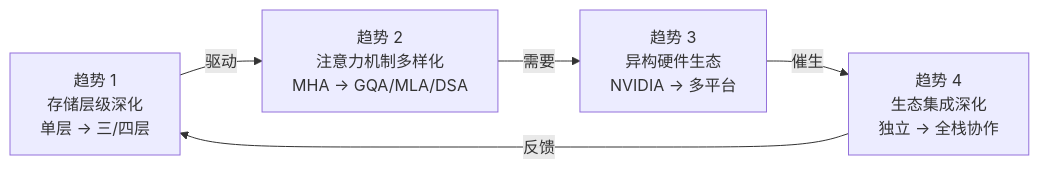
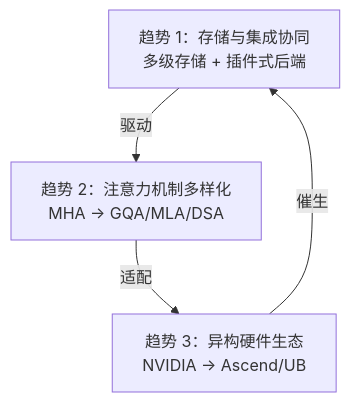
Before and after one commit to QJWang23/Mooncake: the third of 10 diagrams in docs/superpowers/briefings/2026-06-11-distributed-kvcache-executive-briefing.md, drawn with Mermaid. The commit also changed other lines of this file, not shown here.

````diff
--- a/docs/superpowers/briefings/2026-06-11-distributed-kvcache-executive-briefing.md
+++ b/docs/superpowers/briefings/2026-06-11-distributed-kvcache-executive-briefing.md
@@ -187,12 +155,10 @@
 ```mermaid
-graph LR
-    T1["趋势 1<br/>存储层级深化<br/>单层 → 三/四层"]
-    T2["趋势 2<br/>注意力机制多样化<br/>MHA → GQA/MLA/DSA"]
-    T3["趋势 3<br/>异构硬件生态<br/>NVIDIA → 多平台"]
-    T4["趋势 4<br/>生态集成深化<br/>独立 → 全栈协作"]
+graph TB
+    T1["趋势 1：存储与集成协同<br/>多级存储 + 插件式后端"]
+    T2["趋势 2：注意力机制多样化<br/>MHA → GQA/MLA/DSA"]
+    T3["趋势 3：异构硬件生态<br/>NVIDIA → Ascend/UB"]
 
-    T1 --> |"驱动"| T2
-    T2 --> |"需要"| T3
-    T3 --> |"催生"| T4
-    T4 --> |"反馈"| T1
+    T1 -->|"驱动"| T2
+    T2 -->|"适配"| T3
+    T3 -->|"催生"| T1
 ```
````
